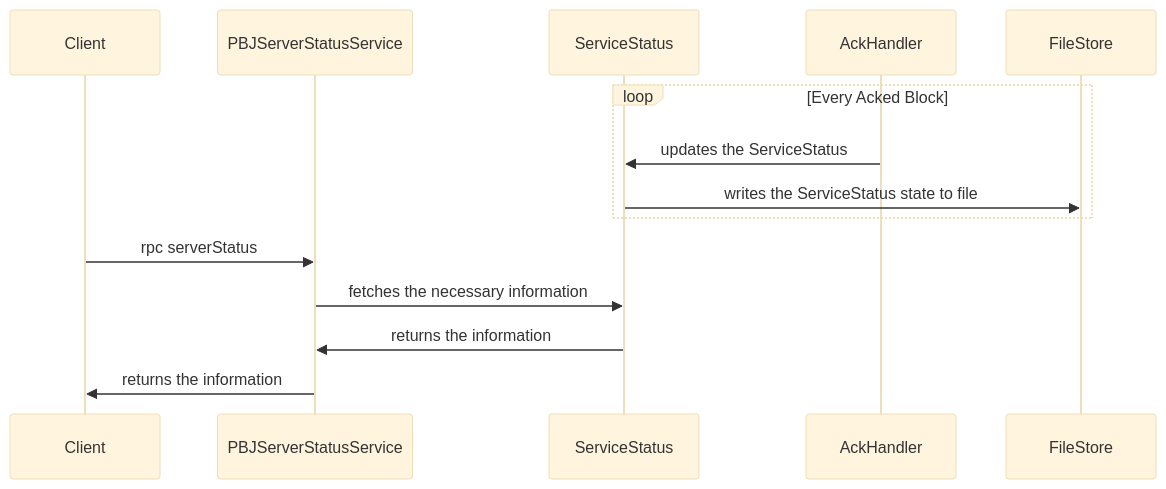
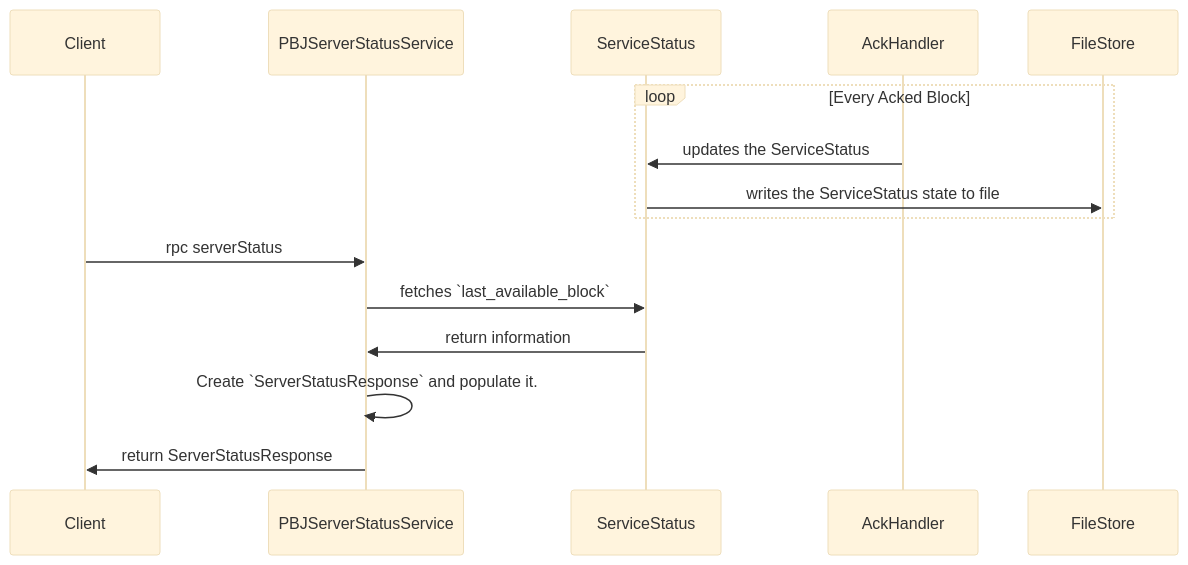
One commit to hashgraph/hedera-block-node changed the diagram in server/docs/design/server-status-api.md. Above: the diagram before and after it, drawn with Mermaid (base theme). The commit also changed other lines of this file, not shown here.

Commit message:
improvements to design proposal

````diff
--- a/server/docs/design/server-status-api.md
+++ b/server/docs/design/server-status-api.md
@@ -62,19 +62,19 @@
 ```mermaid
 sequenceDiagram
     participant C as Client
     participant PBJ as PBJServerStatusService
     participant SS as ServiceStatus
     participant AH as AckHandler
     participant F as FileStore
 
    loop Every Acked Block
       AH->>SS: updates the ServiceStatus
       SS->>F: writes the ServiceStatus state to file
    end    
-    C->>PBJ: rpc serverStatus
-    PBJ->>SS: fetches the necessary information
-    SS->>PBJ: returns the information
-    PBJ->>C: returns the information
-    
+    C->>PBJ: rpc serverStatus    
+    PBJ->>SS: fetches `last_available_block` 
+    SS->>PBJ: return information
+    PBJ->>PBJ: Create `ServerStatusResponse` and populate it.
+    PBJ->>C: return ServerStatusResponse
 
 ```
````
